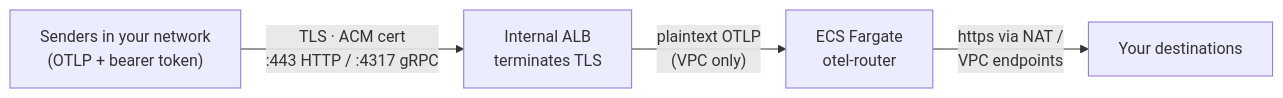
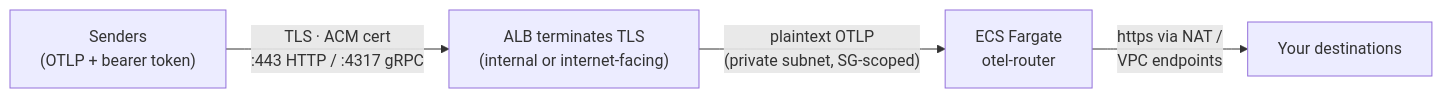
Before and after one commit to edmerrett/otel-router: the first of 2 diagrams in terraform/README.md, drawn with Mermaid. The commit also changed other lines of this file and 6 other files, not shown here.

First line of the commit message:
Reframe private-alb docs around TLS termination, not sender location

````diff
--- a/terraform/README.md
+++ b/terraform/README.md
@@ -36,6 +52,6 @@
 ```mermaid
 flowchart LR
-    S["Senders in your network<br/>(OTLP + bearer token)"] -- "TLS · ACM cert<br/>:443 HTTP / :4317 gRPC" --> A["Internal ALB<br/>terminates TLS"]
-    A -- "plaintext OTLP<br/>(VPC only)" --> R["ECS Fargate<br/>otel-router"]
+    S["Senders<br/>(OTLP + bearer token)"] -- "TLS · ACM cert<br/>:443 HTTP / :4317 gRPC" --> A["ALB terminates TLS<br/>(internal or internet-facing)"]
+    A -- "plaintext OTLP<br/>(private subnet, SG-scoped)" --> R["ECS Fargate<br/>otel-router"]
     R -- "https via NAT /<br/>VPC endpoints" --> D["Your destinations"]
 ```
````
